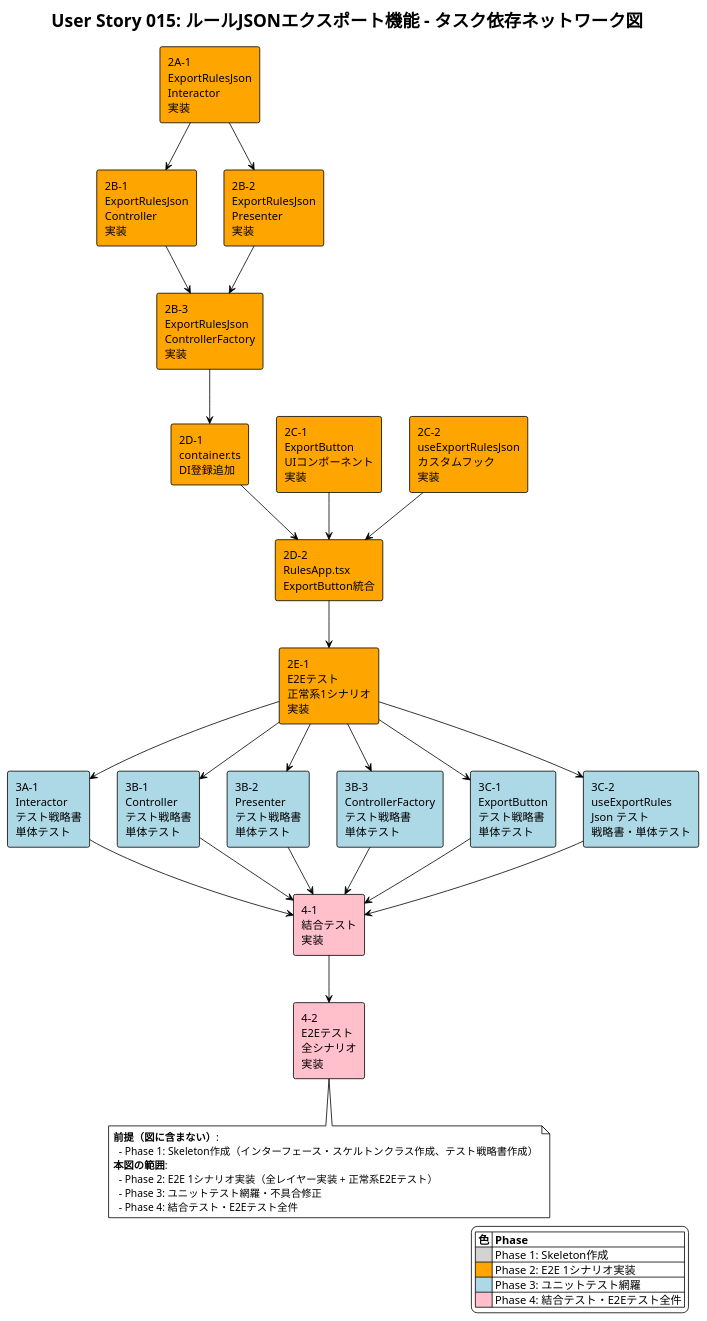
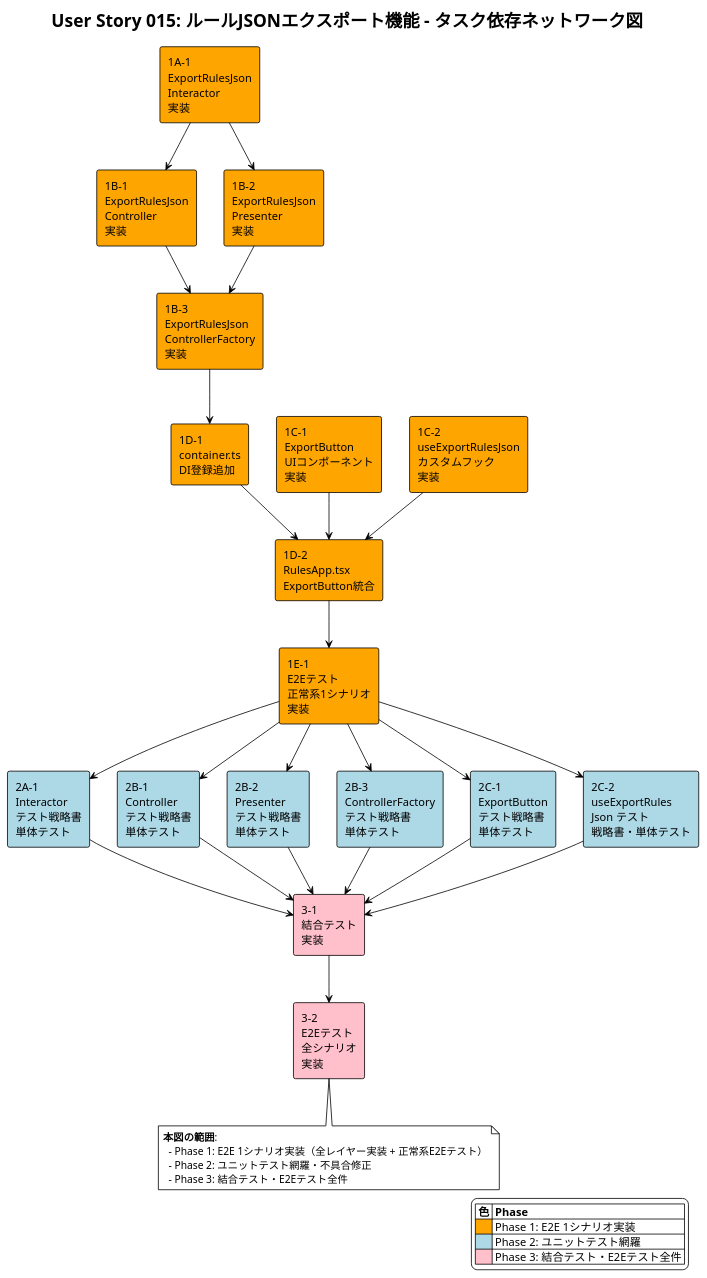
One commit to akAredminEogre/frog-frame-front changed the diagram in docs/user-stories/user-story-015/04-network-diagram.puml. Above: the diagram before and after it, drawn with PlantUML.

Commit message:
fix: ネットワーク図のPhase番号をREADMEの開発戦略変更に合わせて更新 (r2839099999対応)
Skeleton Phase廃止に伴い、Phase 2→1, Phase 3→2, Phase 4→3 に再番号付け。
タスクID、凡例、ノートもすべて更新。

```diff
--- a/docs/user-stories/user-story-015/04-network-diagram.puml
+++ b/docs/user-stories/user-story-015/04-network-diagram.puml
@@ -1,74 +1,71 @@
 @startuml
 !theme plain
 title User Story 015: ルールJSONエクスポート機能 - タスク依存ネットワーク図
 
-' Phase 2: E2E 1シナリオ実装タスク
-rectangle "2A-1\nExportRulesJson\nInteractor\n実装" as interactor #orange
-rectangle "2B-1\nExportRulesJson\nController\n実装" as controller #orange
-rectangle "2B-2\nExportRulesJson\nPresenter\n実装" as presenter #orange
-rectangle "2B-3\nExportRulesJson\nControllerFactory\n実装" as factory #orange
-rectangle "2C-1\nExportButton\nUIコンポーネント\n実装" as exportButton #orange
-rectangle "2C-2\nuseExportRulesJson\nカスタムフック\n実装" as hook #orange
-rectangle "2D-1\ncontainer.ts\nDI登録追加" as di #orange
-rectangle "2D-2\nRulesApp.tsx\nExportButton統合" as integration #orange
-rectangle "2E-1\nE2Eテスト\n正常系1シナリオ\n実装" as e2eTest1 #orange
+' Phase 1: E2E 1シナリオ実装タスク
+rectangle "1A-1\nExportRulesJson\nInteractor\n実装" as interactor #orange
+rectangle "1B-1\nExportRulesJson\nController\n実装" as controller #orange
+rectangle "1B-2\nExportRulesJson\nPresenter\n実装" as presenter #orange
+rectangle "1B-3\nExportRulesJson\nControllerFactory\n実装" as factory #orange
+rectangle "1C-1\nExportButton\nUIコンポーネント\n実装" as exportButton #orange
+rectangle "1C-2\nuseExportRulesJson\nカスタムフック\n実装" as hook #orange
+rectangle "1D-1\ncontainer.ts\nDI登録追加" as di #orange
+rectangle "1D-2\nRulesApp.tsx\nExportButton統合" as integration #orange
+rectangle "1E-1\nE2Eテスト\n正常系1シナリオ\n実装" as e2eTest1 #orange
 
-' Phase 3: ユニットテスト網羅タスク
-rectangle "3A-1\nInteractor\nテスト戦略書\n単体テスト" as interactorTest #lightblue
-rectangle "3B-1\nController\nテスト戦略書\n単体テスト" as controllerTest #lightblue
-rectangle "3B-2\nPresenter\nテスト戦略書\n単体テスト" as presenterTest #lightblue
-rectangle "3B-3\nControllerFactory\nテスト戦略書\n単体テスト" as factoryTest #lightblue
-rectangle "3C-1\nExportButton\nテスト戦略書\n単体テスト" as exportButtonTest #lightblue
-rectangle "3C-2\nuseExportRules\nJson テスト\n戦略書・単体テスト" as hookTest #lightblue
+' Phase 2: ユニットテスト網羅タスク
+rectangle "2A-1\nInteractor\nテスト戦略書\n単体テスト" as interactorTest #lightblue
+rectangle "2B-1\nController\nテスト戦略書\n単体テスト" as controllerTest #lightblue
+rectangle "2B-2\nPresenter\nテスト戦略書\n単体テスト" as presenterTest #lightblue
+rectangle "2B-3\nControllerFactory\nテスト戦略書\n単体テスト" as factoryTest #lightblue
+rectangle "2C-1\nExportButton\nテスト戦略書\n単体テスト" as exportButtonTest #lightblue
+rectangle "2C-2\nuseExportRules\nJson テスト\n戦略書・単体テスト" as hookTest #lightblue
 
-' Phase 4: 結合テスト・E2Eテスト全件
-rectangle "4-1\n結合テスト\n実装" as integrationTest #pink
-rectangle "4-2\nE2Eテスト\n全シナリオ\n実装" as e2eTestAll #pink
+' Phase 3: 結合テスト・E2Eテスト全件
+rectangle "3-1\n結合テスト\n実装" as integrationTest #pink
+rectangle "3-2\nE2Eテスト\n全シナリオ\n実装" as e2eTestAll #pink
 
-' Phase 2 依存関係
+' Phase 1 依存関係
 interactor --> controller
 interactor --> presenter
 controller --> factory
 presenter --> factory
 factory --> di
 exportButton --> integration
 hook --> integration
 di --> integration
 integration --> e2eTest1
 
-' Phase 3 依存関係（E2Eテスト通過後）
+' Phase 2 依存関係（E2Eテスト通過後）
 e2eTest1 --> interactorTest
 e2eTest1 --> controllerTest
 e2eTest1 --> presenterTest
 e2eTest1 --> factoryTest
 e2eTest1 --> exportButtonTest
 e2eTest1 --> hookTest
 
-' Phase 4 依存関係
+' Phase 3 依存関係
 interactorTest --> integrationTest
 controllerTest --> integrationTest
 presenterTest --> integrationTest
 factoryTest --> integrationTest
 exportButtonTest --> integrationTest
 hookTest --> integrationTest
 integrationTest --> e2eTestAll
 
 ' 色分け凡例
 legend right
   |= 色 |= Phase |
-  | <#lightgray> | Phase 1: Skeleton作成 |
-  | <#orange> | Phase 2: E2E 1シナリオ実装 |
-  | <#lightblue> | Phase 3: ユニットテスト網羅 |
-  | <#pink> | Phase 4: 結合テスト・E2Eテスト全件 |
+  | <#orange> | Phase 1: E2E 1シナリオ実装 |
+  | <#lightblue> | Phase 2: ユニットテスト網羅 |
+  | <#pink> | Phase 3: 結合テスト・E2Eテスト全件 |
 endlegend
 
 note bottom
-**前提（図に含まない）**:
-  - Phase 1: Skeleton作成（インターフェース・スケルトンクラス作成、テスト戦略書作成）
 **本図の範囲**:
-  - Phase 2: E2E 1シナリオ実装（全レイヤー実装 + 正常系E2Eテスト）
-  - Phase 3: ユニットテスト網羅・不具合修正
-  - Phase 4: 結合テスト・E2Eテスト全件
+  - Phase 1: E2E 1シナリオ実装（全レイヤー実装 + 正常系E2Eテスト）
+  - Phase 2: ユニットテスト網羅・不具合修正
+  - Phase 3: 結合テスト・E2Eテスト全件
 end note
 
 @enduml
```
